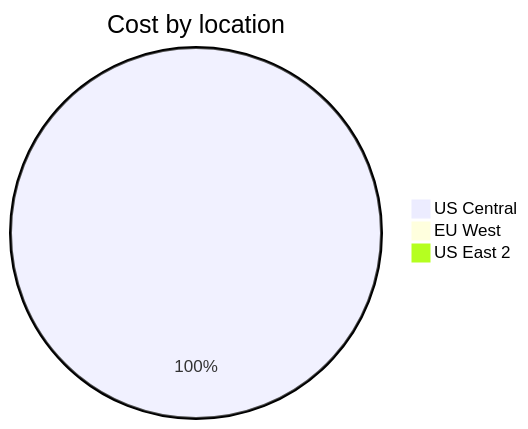
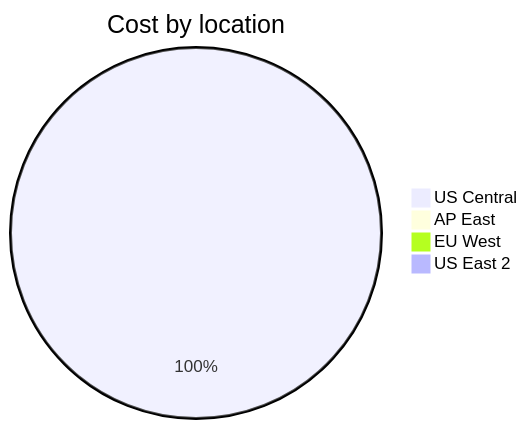
Before and after one commit to jpfulton/azure-personal-reports: the third of 4 diagrams in cost-reports/personal-site/personal-site-preview.md, drawn with Mermaid. The commit also changed other lines of this file and 6 other files, not shown here.

````diff
--- a/cost-reports/personal-site/personal-site-preview.md
+++ b/cost-reports/personal-site/personal-site-preview.md
@@ -109,7 +110,8 @@
 ```mermaid
 pie
    title Cost by location
-   "US Central" : 1.12
+   "US Central" : 1.45
+   "AP East" : 0.00
    "EU West" : 0.00
    "US East 2" : 0.00
 ```
````
